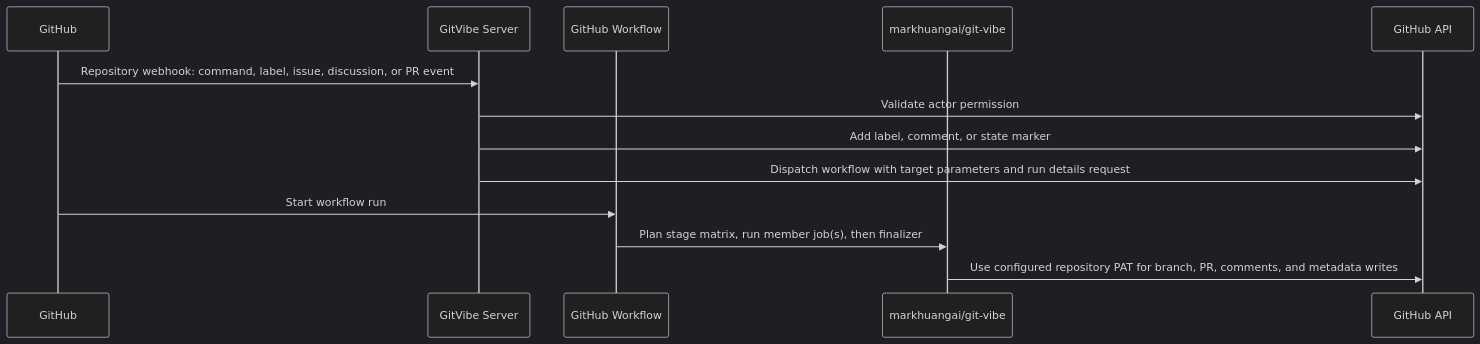
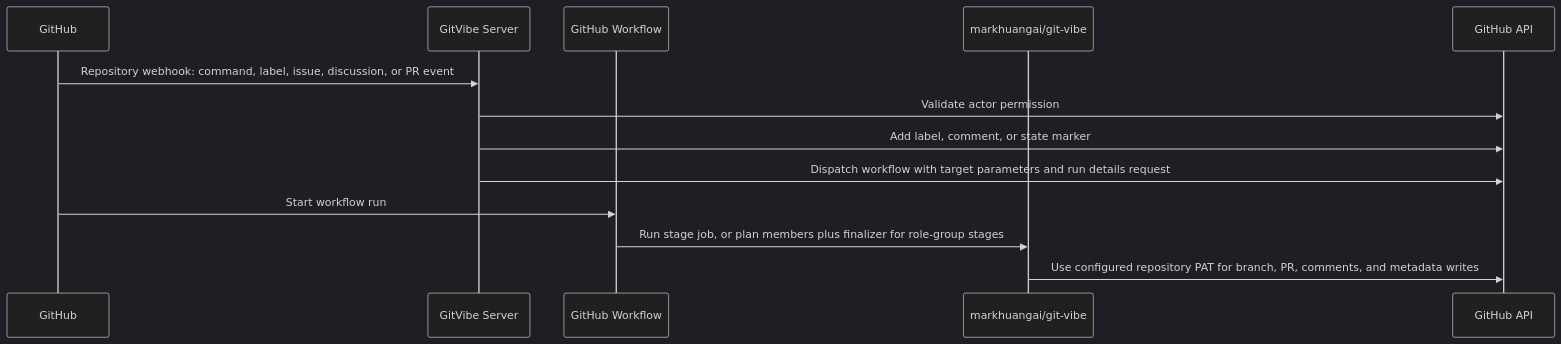
The second of 3 diagrams in docs/ARCHITECTURE.md (markhuangai/git-vibe), drawn with Mermaid (dark theme) before and after one commit. The commit also changed other lines of this file and 4 other files, not shown here.

````diff
--- a/docs/ARCHITECTURE.md
+++ b/docs/ARCHITECTURE.md
@@ -60,16 +58,16 @@
 ```mermaid
 sequenceDiagram
   participant GH as GitHub
   participant App as GitVibe Server
   participant WF as GitHub Workflow
   participant Act as markhuangai/git-vibe
   participant API as GitHub API
 
   GH->>App: Repository webhook: command, label, issue, discussion, or PR event
   App->>API: Validate actor permission
   App->>API: Add label, comment, or state marker
   App->>API: Dispatch workflow with target parameters and run details request
   GH->>WF: Start workflow run
-  WF->>Act: Plan stage matrix, run member job(s), then finalizer
+  WF->>Act: Run stage job, or plan members plus finalizer for role-group stages
   Act->>API: Use configured repository PAT for branch, PR, comments, and metadata writes
 ```
````
